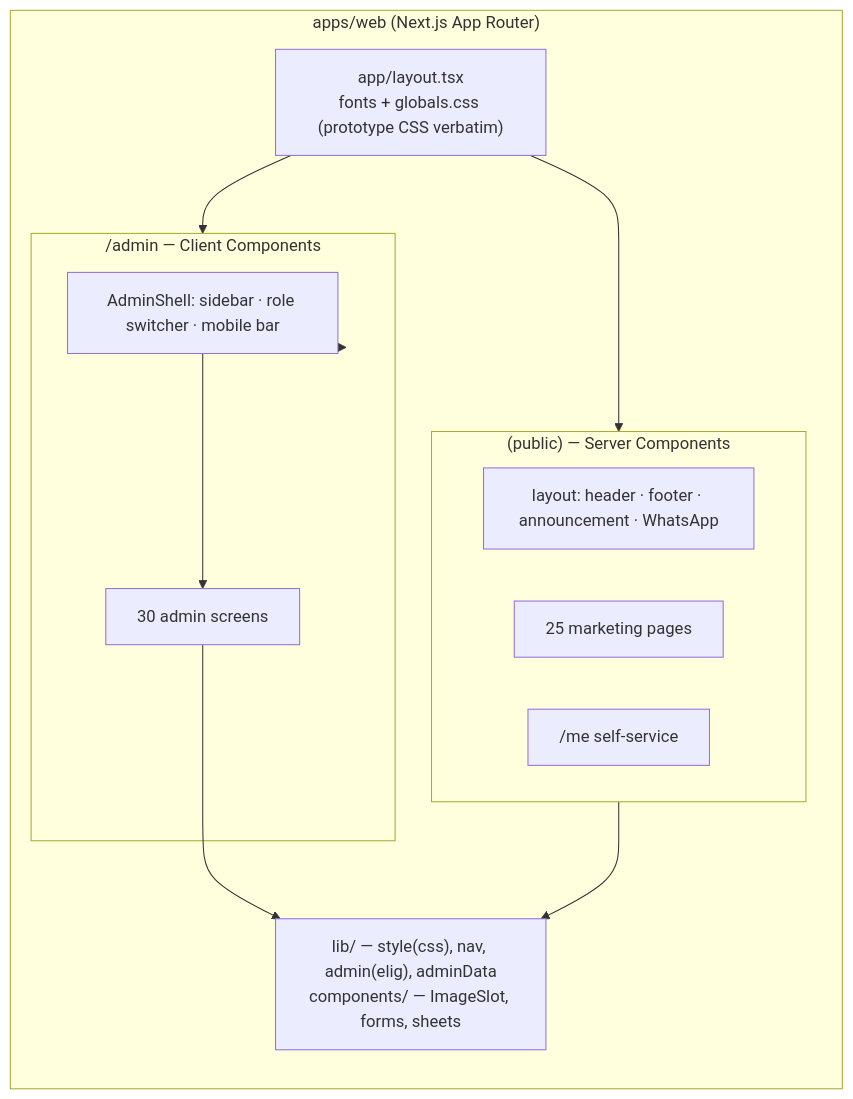
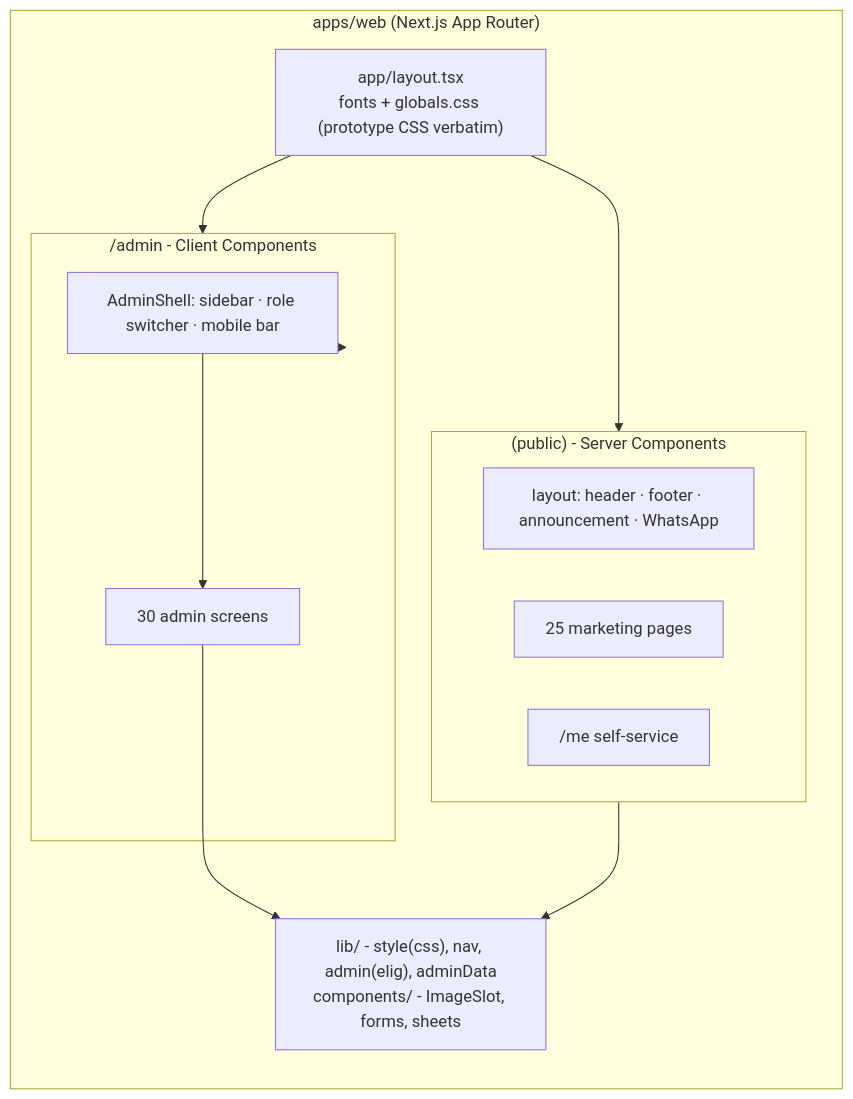
Before and after one commit to Aliktk/pbb: the seventh of 7 diagrams in docs/ARCHITECTURE.md, drawn with Mermaid. The commit also changed other lines of this file and 102 other files, not shown here.

````diff
--- a/docs/ARCHITECTURE.md
+++ b/docs/ARCHITECTURE.md
@@ -382,20 +382,20 @@
 ```mermaid
 flowchart LR
     subgraph web["apps/web (Next.js App Router)"]
         RL["app/layout.tsx<br/>fonts + globals.css (prototype CSS verbatim)"]
-        subgraph pub["(public) — Server Components"]
+        subgraph pub["(public) - Server Components"]
             PL["layout: header · footer · announcement · WhatsApp"]
             HOME["25 marketing pages"]
             ME["/me self-service"]
         end
-        subgraph adm["/admin — Client Components"]
+        subgraph adm["/admin - Client Components"]
             SH["AdminShell: sidebar · role switcher · mobile bar"]
             SCR["30 admin screens"]
         end
-        LIB["lib/ — style(css), nav, admin(elig), adminData<br/>components/ — ImageSlot, forms, sheets"]
+        LIB["lib/ - style(css), nav, admin(elig), adminData<br/>components/ - ImageSlot, forms, sheets"]
     end
     RL --> pub & adm
     pub --> LIB
     adm --> SH --> SCR
     SCR --> LIB
 ```
````
